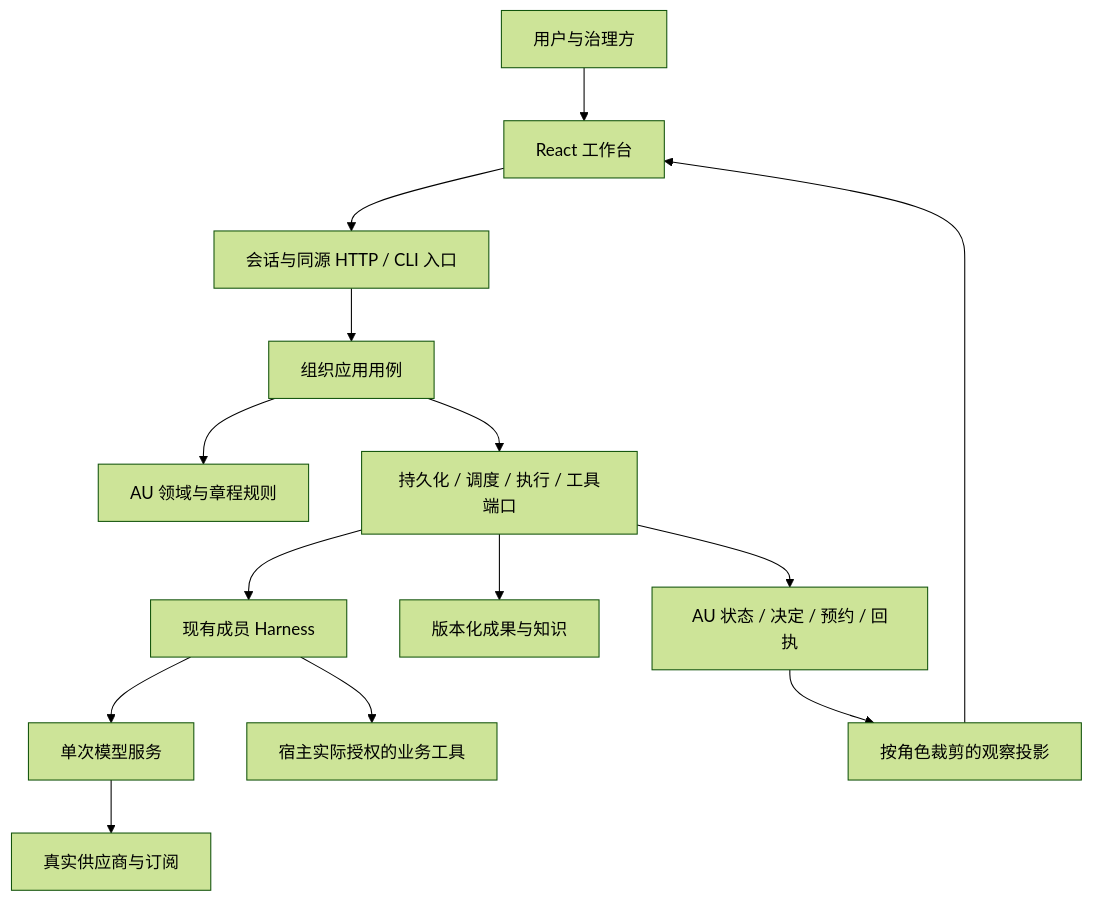
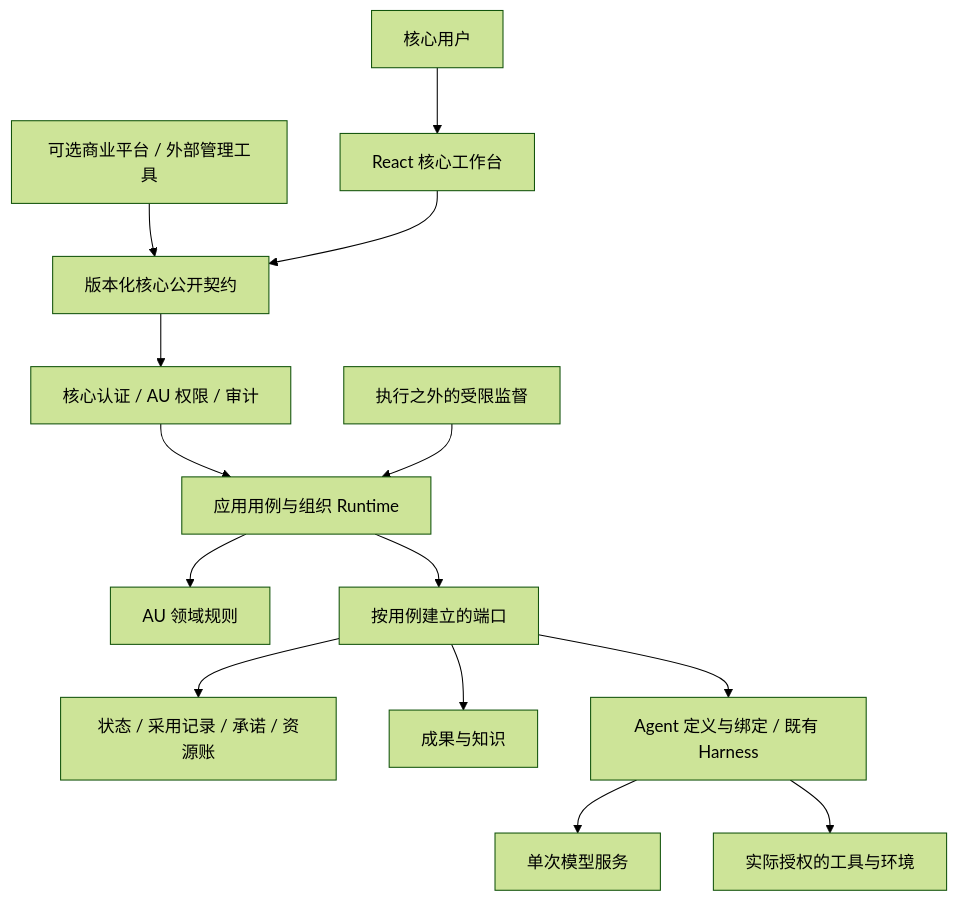
The diagram in docs/ARCHITECTURE.md (illusionaireal/Union), drawn with Mermaid (forest theme) before and after one commit. The commit also changed other lines of this file and 33 other files, not shown here.

````diff
--- a/docs/ARCHITECTURE.md
+++ b/docs/ARCHITECTURE.md
@@ -30,16 +13,16 @@
 ```mermaid
 flowchart TB
-  Human[用户与治理方] --> UI[React 工作台]
-  UI --> Ingress[会话与同源 HTTP / CLI 入口]
-  Ingress --> App[组织应用用例]
-  App --> Domain[AU 领域与章程规则]
-  App --> Ports[持久化 / 调度 / 执行 / 工具端口]
-  Ports --> State[AU 状态 / 决定 / 预约 / 回执]
-  Ports --> Assets[版本化成果与知识]
-  Ports --> Harness[现有成员 Harness]
-  Harness --> Modeld[单次模型服务]
-  Modeld --> Providers[真实供应商与订阅]
-  Harness --> Tools[宿主实际授权的业务工具]
-  State --> Views[按角色裁剪的观察投影]
-  Views --> UI
+  User[核心用户] --> UI[React 核心工作台]
+  Platform[可选商业平台 / 外部管理工具] --> Public[版本化核心公开契约]
+  UI --> Public
+  Public --> Identity[核心认证 / AU 权限 / 审计]
+  Identity --> App[应用用例与组织 Runtime]
+  App --> Domain[AU 领域规则]
+  App --> Ports[按用例建立的端口]
+  Ports --> State[状态 / 采用记录 / 承诺 / 资源账]
+  Ports --> Artifacts[成果与知识]
+  Ports --> Harness[Agent 定义与绑定 / 既有 Harness]
+  Harness --> Models[单次模型服务]
+  Harness --> Tools[实际授权的工具与环境]
+  Supervisor[执行之外的受限监督] --> App
 ```
````
